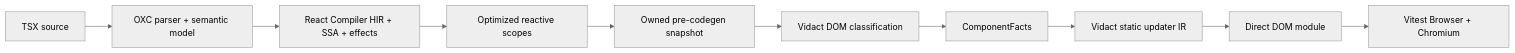
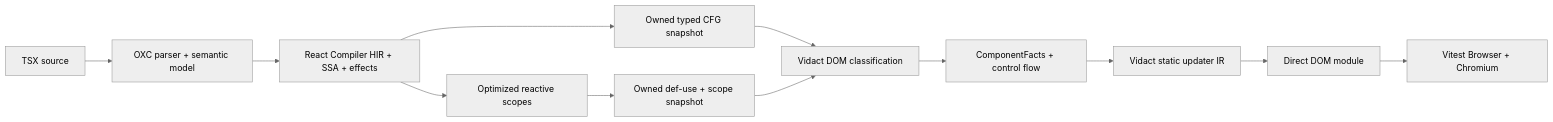
One commit to mohebifar/vidact changed the diagram in docs/spikes/react-compiler-oxc-analysis-spike.md. Above: the diagram before and after it, drawn with Mermaid (neutral theme). The commit also changed other lines of this file and 41 other files, not shown here.

````diff
--- a/docs/spikes/react-compiler-oxc-analysis-spike.md
+++ b/docs/spikes/react-compiler-oxc-analysis-spike.md
@@ -21,12 +21,14 @@
 ```mermaid
 flowchart LR
     A["TSX source"] --> B["OXC parser + semantic model"]
     B --> C["React Compiler HIR + SSA + effects"]
-    C --> D["Optimized reactive scopes"]
-    D --> E["Owned pre-codegen snapshot"]
-    E --> F["Vidact DOM classification"]
-    F --> G["ComponentFacts"]
-    G --> H["Vidact static updater IR"]
-    H --> I["Direct DOM module"]
-    I --> J["Vitest Browser + Chromium"]
+    C --> D["Owned typed CFG snapshot"]
+    C --> E["Optimized reactive scopes"]
+    E --> F["Owned def-use + scope snapshot"]
+    D --> G["Vidact DOM classification"]
+    F --> G
+    G --> H["ComponentFacts + control flow"]
+    H --> I["Vidact static updater IR"]
+    I --> J["Direct DOM module"]
+    J --> K["Vitest Browser + Chromium"]
 ```
````
